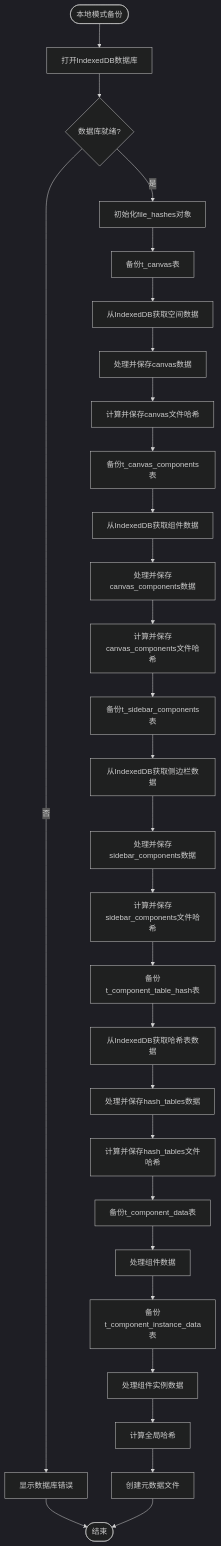
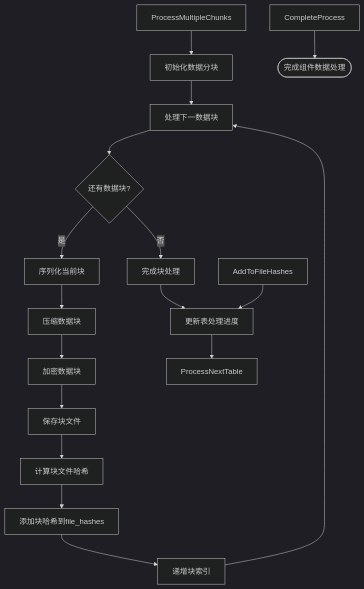
Before and after one commit to yingjianzh/iodraw-files: the diagram in all/未命名-53.md, drawn with Mermaid (dark theme).

Commit message:
2025-05-09 15:34:29 update

````diff
--- a/all/未命名-53.md
+++ b/all/未命名-53.md
@@ -1,41 +1,23 @@
 ```mermaid
 flowchart TD
-    Start([本地模式备份]) --> OpenDB[打开IndexedDB数据库]
-    OpenDB --> DBReady{数据库就绪?}
+    ProcessMultipleChunks --> InitChunks[初始化数据分块]
+    InitChunks --> ProcessNextChunk[处理下一数据块]
     
-    DBReady -->|否| ShowDBError[显示数据库错误]
-    DBReady -->|是| InitHashObject[初始化file_hashes对象]
+    ProcessNextChunk --> MoreChunks{还有数据块?}
+    MoreChunks -->|否| CompleteChunks[完成块处理]
+    MoreChunks -->|是| SerializeChunk[序列化当前块]
     
-    ShowDBError --> End([结束])
+    SerializeChunk --> CompressChunk[压缩数据块]
+    CompressChunk --> EncryptChunk[加密数据块]
+    EncryptChunk --> SaveChunkFile[保存块文件]
+    SaveChunkFile --> CalcChunkHash[计算块文件哈希]
+    CalcChunkHash --> AddChunkHash[添加块哈希到file_hashes]
+    AddChunkHash --> IncrementChunkIndex[递增块索引]
+    IncrementChunkIndex --> ProcessNextChunk
     
-    InitHashObject --> BackupCanvas[备份t_canvas表]
-    BackupCanvas --> GetCanvasFromDB[从IndexedDB获取空间数据]
-    GetCanvasFromDB --> ProcessCanvasFile[处理并保存canvas数据]
-    ProcessCanvasFile --> AddCanvasHash[计算并保存canvas文件哈希]
+    CompleteChunks --> UpdateTableProgress[更新表处理进度]
+    AddToFileHashes --> UpdateTableProgress
+    UpdateTableProgress --> ProcessNextTable
     
-    AddCanvasHash --> BackupCanvasComps[备份t_canvas_components表]
-    BackupCanvasComps --> GetCanvasCompsFromDB[从IndexedDB获取组件数据]
-    GetCanvasCompsFromDB --> ProcessCanvasCompsFile[处理并保存canvas_components数据]
-    ProcessCanvasCompsFile --> AddCanvasCompsHash[计算并保存canvas_components文件哈希]
-    
-    AddCanvasCompsHash --> BackupSidebarComps[备份t_sidebar_components表]
-    BackupSidebarComps --> GetSidebarCompsFromDB[从IndexedDB获取侧边栏数据]
-    GetSidebarCompsFromDB --> ProcessSidebarCompsFile[处理并保存sidebar_components数据]
-    ProcessSidebarCompsFile --> AddSidebarCompsHash[计算并保存sidebar_components文件哈希]
-    
-    AddSidebarCompsHash --> BackupHashTables[备份t_component_table_hash表]
-    BackupHashTables --> GetHashTablesFromDB[从IndexedDB获取哈希表数据]
-    GetHashTablesFromDB --> ProcessHashTablesFile[处理并保存hash_tables数据]
-    ProcessHashTablesFile --> AddHashTablesHash[计算并保存hash_tables文件哈希]
-    
-    AddHashTablesHash --> BackupCompData[备份t_component_data表]
-    BackupCompData --> ProcessCompData[处理组件数据]
-    
-    ProcessCompData --> BackupInstData[备份t_component_instance_data表]
-    BackupInstData --> ProcessInstData[处理组件实例数据]
-    
-    ProcessInstData --> CalculateGlobalHash[计算全局哈希]
-    CalculateGlobalHash --> CreateMetadataFile[创建元数据文件]
-    
-    CreateMetadataFile --> End
+    CompleteProcess --> End([完成组件数据处理])
 ```
````
